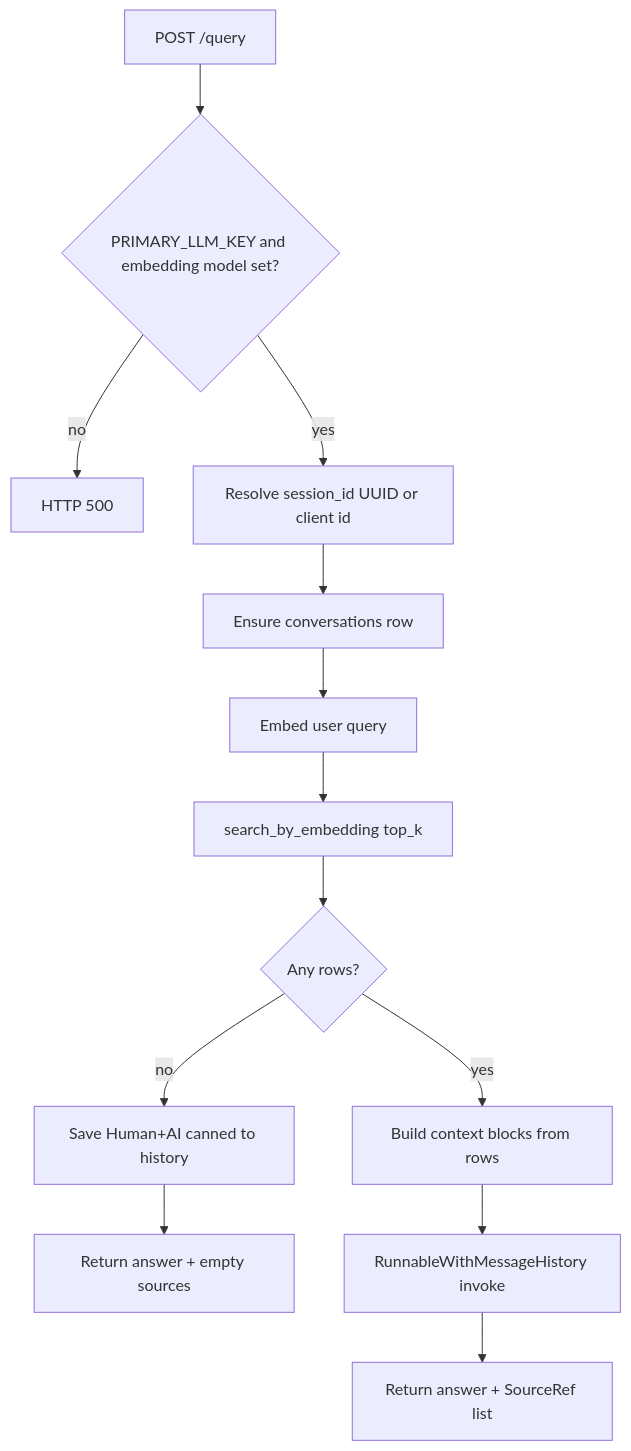
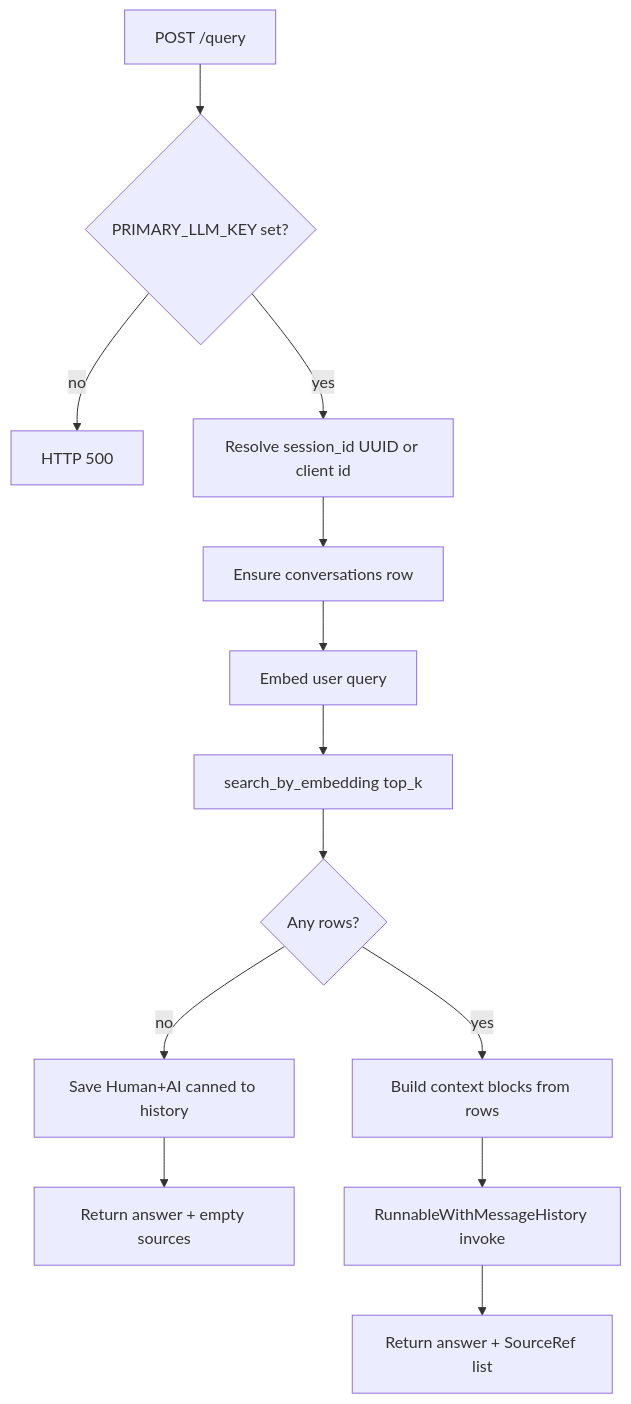
The third of 4 diagrams in docs/rag-query-flow.md (mattburnett-repo/chat-mvp), drawn with Mermaid before and after one commit. The commit also changed other lines of this file and 13 other files, not shown here.

First line of the commit message:
Swapped out embedding model (#13)

````diff
--- a/docs/rag-query-flow.md
+++ b/docs/rag-query-flow.md
@@ -43,15 +43,15 @@
 ```mermaid
 flowchart TD
-  A[POST /query] --> B{PRIMARY_LLM_KEY and embedding model set?}
+  A[POST /query] --> B{PRIMARY_LLM_KEY set?}
   B -->|no| E500[HTTP 500]
   B -->|yes| C[Resolve session_id UUID or client id]
   C --> D[Ensure conversations row]
   D --> F[Embed user query]
   F --> G[search_by_embedding top_k]
   G --> H{Any rows?}
   H -->|no| I[Save Human+AI canned to history]
   I --> J[Return answer + empty sources]
   H -->|yes| K[Build context blocks from rows]
   K --> L[RunnableWithMessageHistory invoke]
   L --> M[Return answer + SourceRef list]
 ```
````
